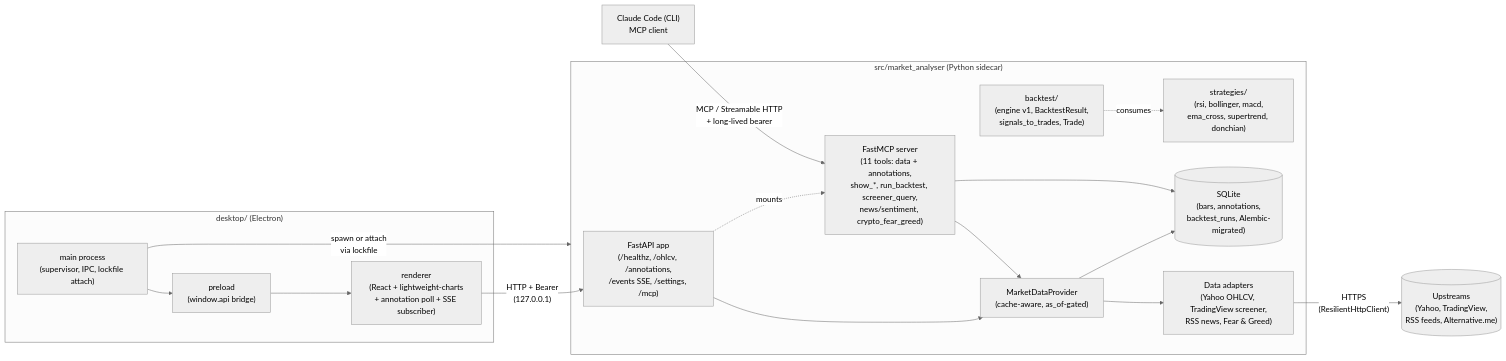
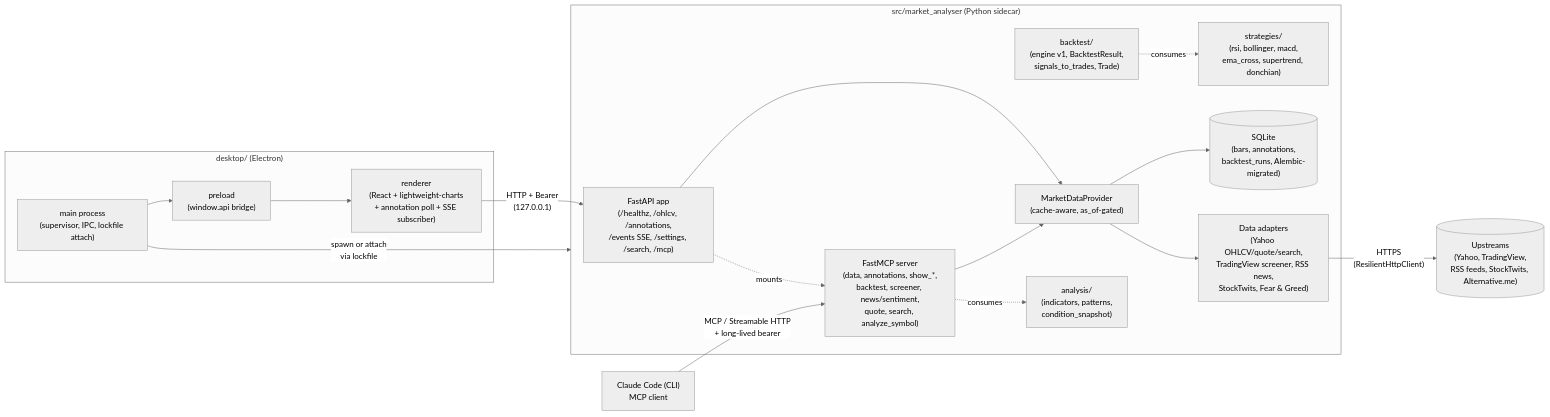
The diagram in README.md (IgorKonovalov/market-analyzer), drawn with Mermaid (neutral theme) before and after one commit. The commit also changed other lines of this file and 6 other files, not shown here.

````diff
--- a/README.md
+++ b/README.md
@@ -35,32 +22,33 @@
 ```mermaid
 flowchart LR
   agent["Claude Code (CLI)<br/>MCP client"]
 
   subgraph desktop["desktop/ (Electron)"]
     main["main process<br/>(supervisor, IPC, lockfile attach)"]
     preload["preload<br/>(window.api bridge)"]
     renderer["renderer<br/>(React + lightweight-charts<br/>+ annotation poll + SSE subscriber)"]
     main --> preload --> renderer
   end
 
   subgraph sidecar["src/market_analyser (Python sidecar)"]
-    api["FastAPI app<br/>(/healthz, /ohlcv, /annotations,<br/>/events SSE, /settings, /mcp)"]
-    mcpapp["FastMCP server<br/>(11 tools: data + annotations,<br/>show_*, run_backtest, screener_query,<br/>news/sentiment, crypto_fear_greed)"]
+    api["FastAPI app<br/>(/healthz, /ohlcv, /annotations,<br/>/events SSE, /settings, /search, /mcp)"]
+    mcpapp["FastMCP server<br/>(data, annotations, show_*,<br/>backtest, screener, news/sentiment,<br/>quote, search, analyze_symbol)"]
     provider["MarketDataProvider<br/>(cache-aware, as_of-gated)"]
     strategies["strategies/<br/>(rsi, bollinger, macd,<br/>ema_cross, supertrend, donchian)"]
     backtest["backtest/<br/>(engine v1, BacktestResult,<br/>signals_to_trades, Trade)"]
+    analysis["analysis/<br/>(indicators, patterns,<br/>condition_snapshot)"]
     cache[("SQLite<br/>(bars, annotations,<br/>backtest_runs, Alembic-migrated)")]
-    adapter["Data adapters<br/>(Yahoo OHLCV, TradingView screener,<br/>RSS news, Fear & Greed)"]
+    adapter["Data adapters<br/>(Yahoo OHLCV/quote/search,<br/>TradingView screener, RSS news,<br/>StockTwits, Fear & Greed)"]
     api --> provider --> cache
     api -. mounts .-> mcpapp
     mcpapp --> provider
-    mcpapp --> cache
     provider --> adapter
     backtest -. consumes .-> strategies
+    mcpapp -. consumes .-> analysis
   end
 
   renderer -- "HTTP + Bearer<br/>(127.0.0.1)" --> api
   agent -- "MCP / Streamable HTTP<br/>+ long-lived bearer" --> mcpapp
   main -- "spawn or attach<br/>via lockfile" --> sidecar
-  adapter -- "HTTPS<br/>(ResilientHttpClient)" --> upstreams[("Upstreams<br/>(Yahoo, TradingView,<br/>RSS feeds, Alternative.me)")]
+  adapter -- "HTTPS<br/>(ResilientHttpClient)" --> upstreams[("Upstreams<br/>(Yahoo, TradingView,<br/>RSS feeds, StockTwits, Alternative.me)")]
 ```
````
